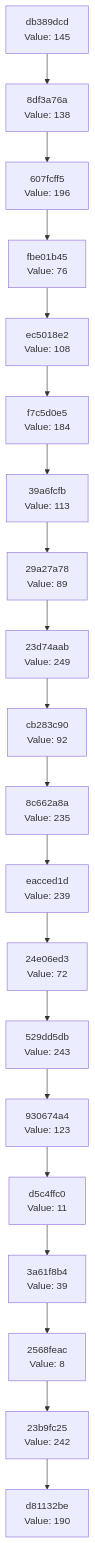
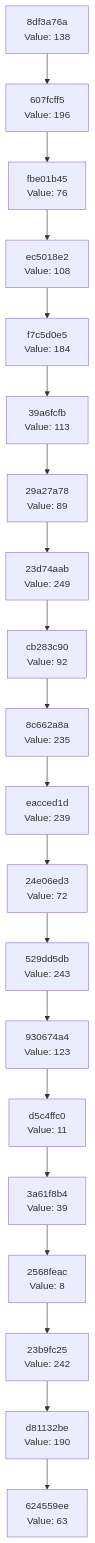
One commit to Abhisheksinha1506/hash-chain-evolver changed the diagram in docs/CHAIN_VISUALIZATION.md. Above: the diagram before and after it, drawn with Mermaid. The commit also changed 3 other files, not shown here.

````diff
--- a/docs/CHAIN_VISUALIZATION.md
+++ b/docs/CHAIN_VISUALIZATION.md
@@ -3,42 +3,42 @@
 ```mermaid
 graph TD
-    C0["d81132be<br/>Value: 190"]
-    C1["23b9fc25<br/>Value: 242"]
+    C0["624559ee<br/>Value: 63"]
+    C1["d81132be<br/>Value: 190"]
     C1 --> C0
-    C2["2568feac<br/>Value: 8"]
+    C2["23b9fc25<br/>Value: 242"]
     C2 --> C1
-    C3["3a61f8b4<br/>Value: 39"]
+    C3["2568feac<br/>Value: 8"]
     C3 --> C2
-    C4["d5c4ffc0<br/>Value: 11"]
+    C4["3a61f8b4<br/>Value: 39"]
     C4 --> C3
-    C5["930674a4<br/>Value: 123"]
+    C5["d5c4ffc0<br/>Value: 11"]
     C5 --> C4
-    C6["529dd5db<br/>Value: 243"]
+    C6["930674a4<br/>Value: 123"]
     C6 --> C5
-    C7["24e06ed3<br/>Value: 72"]
+    C7["529dd5db<br/>Value: 243"]
     C7 --> C6
-    C8["eacced1d<br/>Value: 239"]
+    C8["24e06ed3<br/>Value: 72"]
     C8 --> C7
-    C9["8c662a8a<br/>Value: 235"]
+    C9["eacced1d<br/>Value: 239"]
     C9 --> C8
-    C10["cb283c90<br/>Value: 92"]
+    C10["8c662a8a<br/>Value: 235"]
     C10 --> C9
-    C11["23d74aab<br/>Value: 249"]
+    C11["cb283c90<br/>Value: 92"]
     C11 --> C10
-    C12["29a27a78<br/>Value: 89"]
+    C12["23d74aab<br/>Value: 249"]
     C12 --> C11
-    C13["39a6fcfb<br/>Value: 113"]
+    C13["29a27a78<br/>Value: 89"]
     C13 --> C12
-    C14["f7c5d0e5<br/>Value: 184"]
+    C14["39a6fcfb<br/>Value: 113"]
     C14 --> C13
-    C15["ec5018e2<br/>Value: 108"]
+    C15["f7c5d0e5<br/>Value: 184"]
     C15 --> C14
-    C16["fbe01b45<br/>Value: 76"]
+    C16["ec5018e2<br/>Value: 108"]
     C16 --> C15
-    C17["607fcff5<br/>Value: 196"]
+    C17["fbe01b45<br/>Value: 76"]
     C17 --> C16
-    C18["8df3a76a<br/>Value: 138"]
+    C18["607fcff5<br/>Value: 196"]
     C18 --> C17
-    C19["db389dcd<br/>Value: 145"]
+    C19["8df3a76a<br/>Value: 138"]
     C19 --> C18
 ```
````
